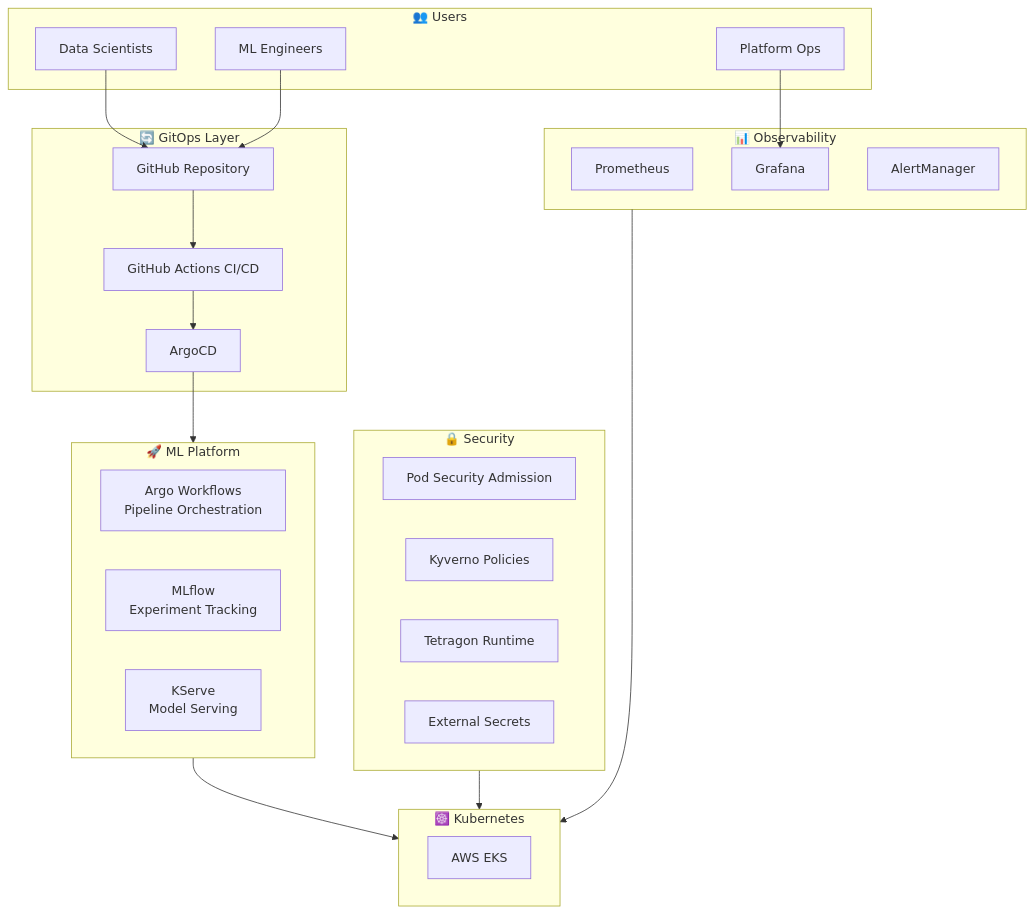
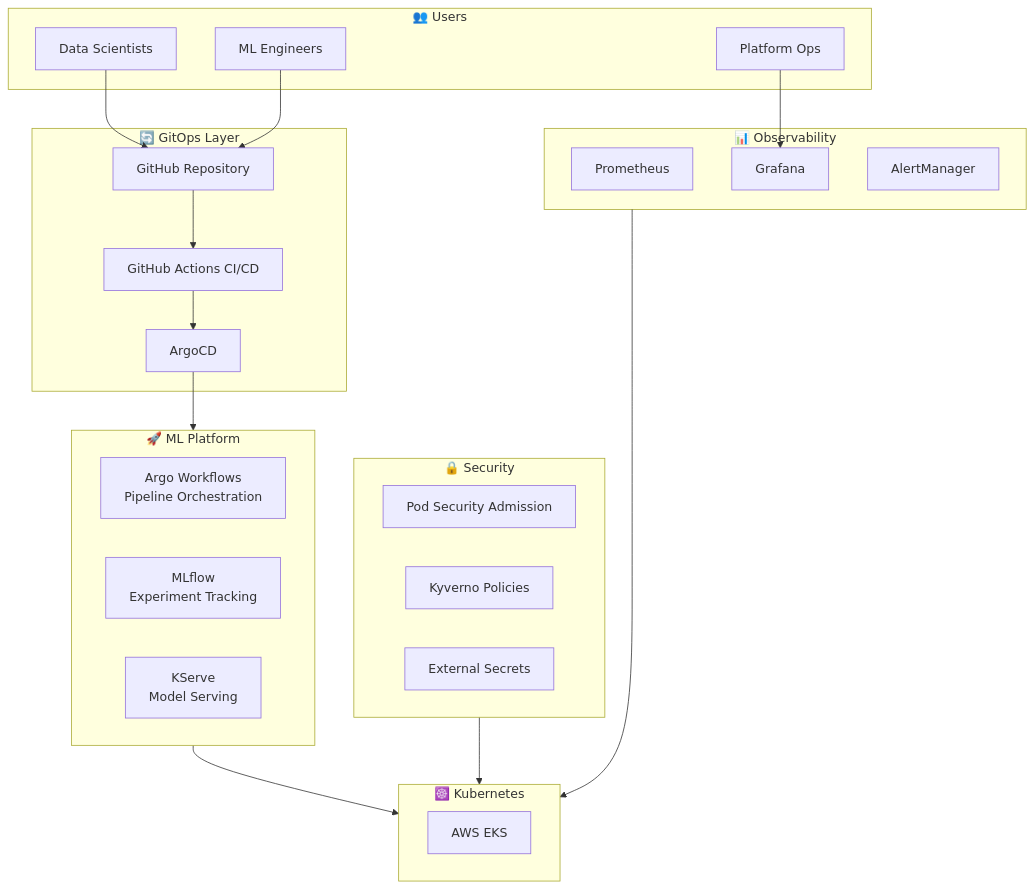
One commit to judeoyovbaire/mlops-platform changed the first of 4 diagrams in README.md. Above: the diagram before and after it, drawn with Mermaid. The commit also changed other lines of this file and 43 other files, not shown here.

````diff
--- a/README.md
+++ b/README.md
@@ -57,47 +57,46 @@
 ```mermaid
 graph TB
     subgraph Users["👥 Users"]
         DS[Data Scientists]
         ML[ML Engineers]
         OPS[Platform Ops]
     end
 
     subgraph GitOps["🔄 GitOps Layer"]
         GH[GitHub Repository]
         CICD[GitHub Actions CI/CD]
         ARGOCD[ArgoCD]
     end
 
     subgraph Platform["🚀 ML Platform"]
         ARGO[Argo Workflows<br/>Pipeline Orchestration]
         MLFLOW[MLflow<br/>Experiment Tracking]
         KSERVE[KServe<br/>Model Serving]
     end
 
     subgraph Security["🔒 Security"]
         PSA[Pod Security Admission]
         KYVERNO[Kyverno Policies]
-        TETRAGON[Tetragon Runtime]
         EXTSEC[External Secrets]
     end
 
     subgraph Observability["📊 Observability"]
         PROM[Prometheus]
         GRAF[Grafana]
         ALERTS[AlertManager]
     end
 
     subgraph K8s["☸️ Kubernetes"]
         EKS[AWS EKS]
     end
 
     DS --> GH
     ML --> GH
     GH --> CICD
     CICD --> ARGOCD
     ARGOCD --> Platform
     Platform --> K8s
     Security --> K8s
     Observability --> K8s
     OPS --> GRAF
 ```
````
